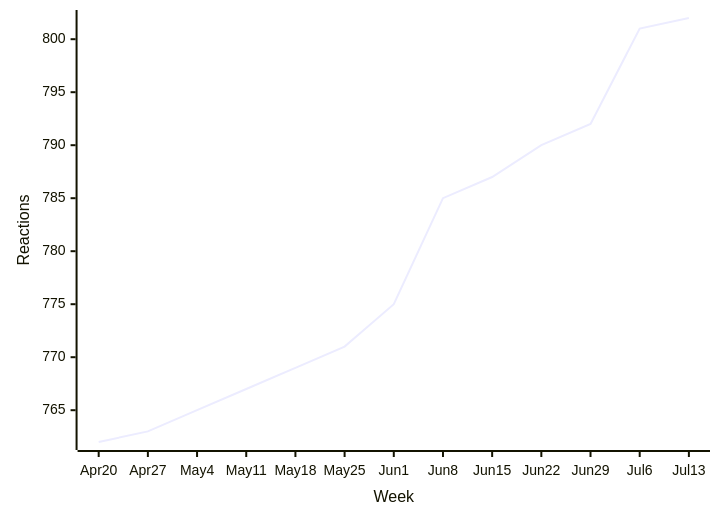
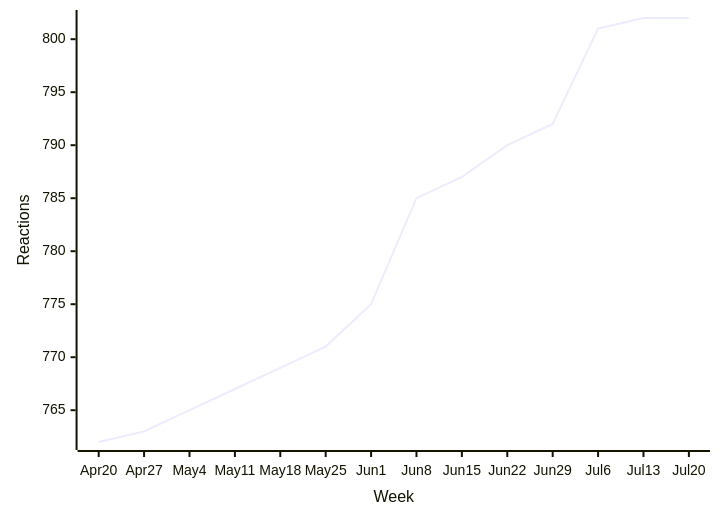
The second of 48 diagrams in README.md (loic-sharma/github-insights), drawn with Mermaid before and after one commit. The commit also changed other lines of this file and 3 other files, not shown here.

````diff
--- a/README.md
+++ b/README.md
@@ -356,6 +356,6 @@
   ```mermaid
   xychart-beta
-    x-axis "Week" [Apr 20, Apr 27, May 4, May 11, May 18, May 25, Jun 1, Jun 8, Jun 15, Jun 22, Jun 29, Jul 6, Jul 13]
+    x-axis "Week" [Apr 20, Apr 27, May 4, May 11, May 18, May 25, Jun 1, Jun 8, Jun 15, Jun 22, Jun 29, Jul 6, Jul 13, Jul 20]
     y-axis "Reactions"
-    line [762, 763, 765, 767, 769, 771, 775, 785, 787, 790, 792, 801, 802]
+    line [762, 763, 765, 767, 769, 771, 775, 785, 787, 790, 792, 801, 802, 802]
   ```
````
